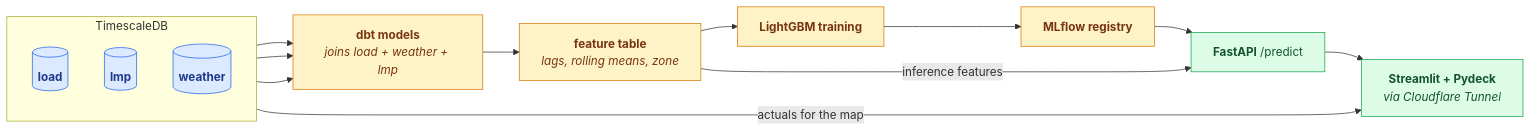
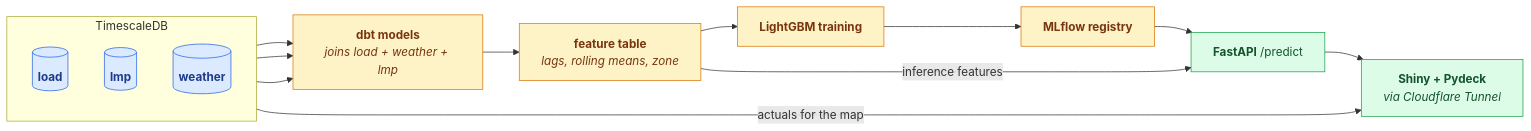
Before and after one commit to angieohaeri/gridcast: the second of 3 diagrams in references/data-flow.md, drawn with Mermaid. The commit also changed 9 other files, not shown here.

````diff
--- a/references/data-flow.md
+++ b/references/data-flow.md
@@ -91,31 +91,31 @@
 ```mermaid
 flowchart LR
     subgraph TSDB["TimescaleDB"]
         direction TB
         HLOAD[("<b>load</b>")]
         HLMP[("<b>lmp</b>")]
         HWX[("<b>weather</b>")]
     end
 
     DBT["<b>dbt models</b><br/><i>joins load + weather + lmp</i>"]
     FEAT["<b>feature table</b><br/><i>lags, rolling means, zone</i>"]
     TRAIN["<b>LightGBM training</b>"]
     REG["<b>MLflow registry</b>"]
     API["<b>FastAPI</b> /predict"]
-    DASH["<b>Streamlit + Pydeck</b><br/><i>via Cloudflare Tunnel</i>"]
+    DASH["<b>Shiny + Pydeck</b><br/><i>via Cloudflare Tunnel</i>"]
 
     HLOAD --> DBT
     HLMP --> DBT
     HWX --> DBT
     DBT --> FEAT --> TRAIN --> REG --> API --> DASH
     FEAT -->|"inference features"| API
     HLOAD -->|"actuals for the map"| DASH
 
     classDef dataNode fill:#dbeafe,stroke:#2563eb,color:#1e3a8a;
     classDef modelNode fill:#fef3c7,stroke:#d97706,color:#78350f;
     classDef serveNode fill:#dcfce7,stroke:#16a34a,color:#14532d;
 
     class HLOAD,HLMP,HWX dataNode;
     class DBT,FEAT,TRAIN,REG modelNode;
     class API,DASH serveNode;
 ```
````
